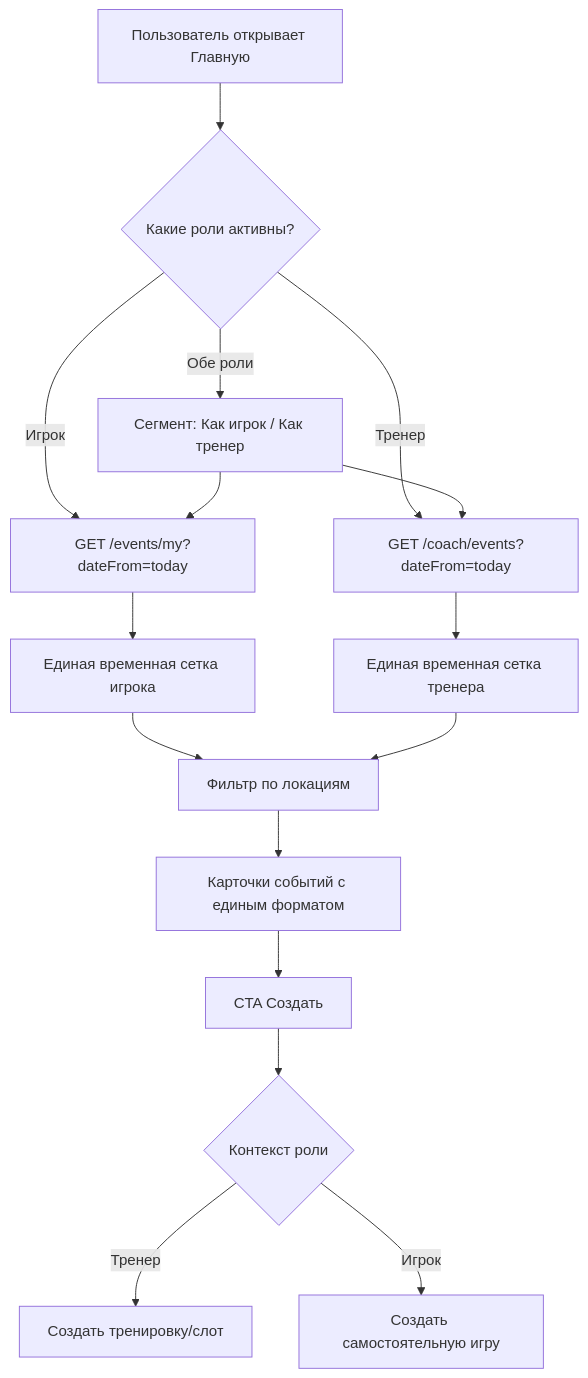
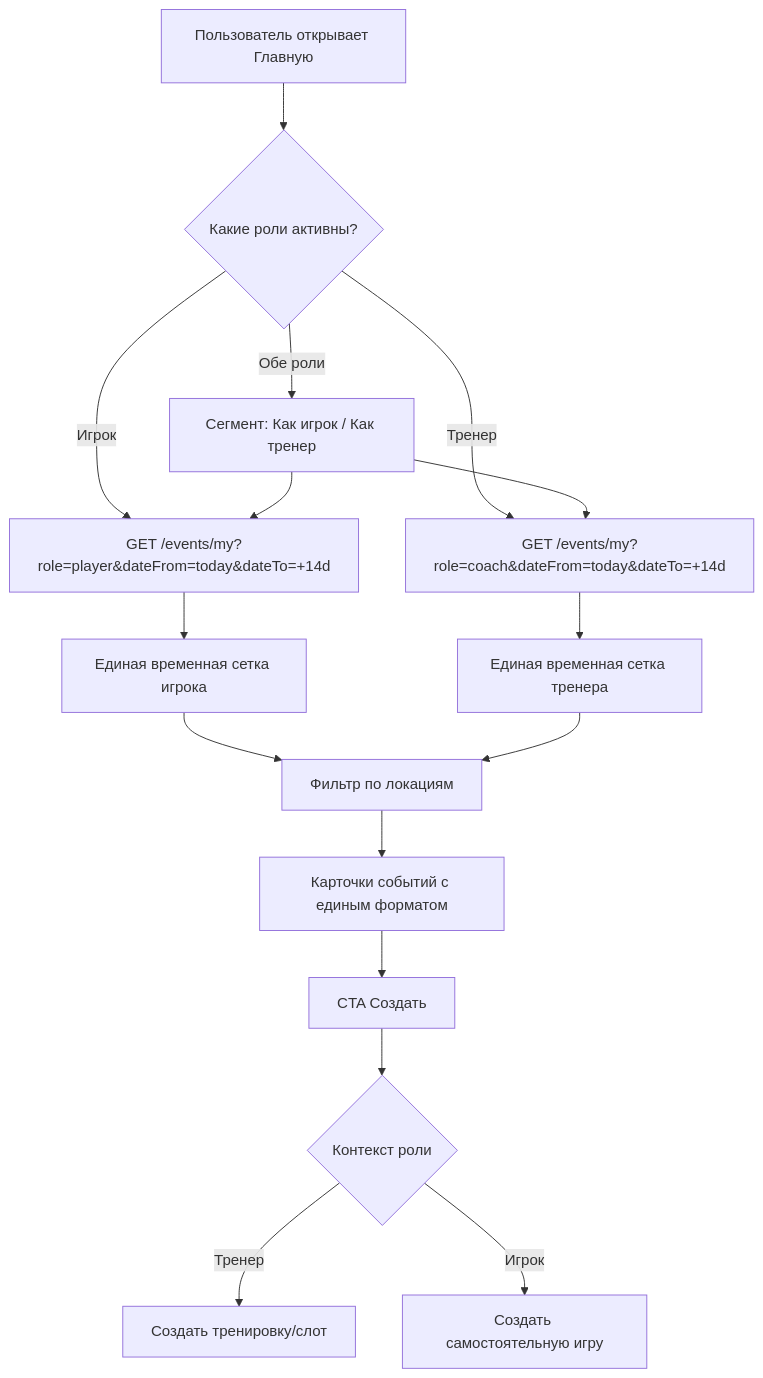
One commit to maxism/woof-tennis changed diagram 11 of 11 in docs/04-user-flows.md. Above: the diagram before and after it, drawn with Mermaid. The commit also changed other lines of this file and 42 other files, not shown here.

````diff
--- a/docs/04-user-flows.md
+++ b/docs/04-user-flows.md
@@ -301,20 +301,20 @@
 ```mermaid
 flowchart TD
     A[Пользователь открывает Главную] --> B{Какие роли активны?}
-    B -->|Игрок| C["GET /events/my?dateFrom=today"]
-    B -->|Тренер| D["GET /coach/events?dateFrom=today"]
+    B -->|Игрок| C["GET /events/my?role=player&dateFrom=today&dateTo=+14d"]
+    B -->|Тренер| D["GET /events/my?role=coach&dateFrom=today&dateTo=+14d"]
     B -->|Обе роли| E[Сегмент: Как игрок / Как тренер]
     E --> C
     E --> D
 
     C --> F[Единая временная сетка игрока]
     D --> G[Единая временная сетка тренера]
     F --> H[Фильтр по локациям]
     G --> H
     H --> I[Карточки событий с единым форматом]
 
     I --> J[CTA Создать]
     J --> K{Контекст роли}
     K -->|Тренер| L[Создать тренировку/слот]
     K -->|Игрок| M[Создать самостоятельную игру]
 ```
````
